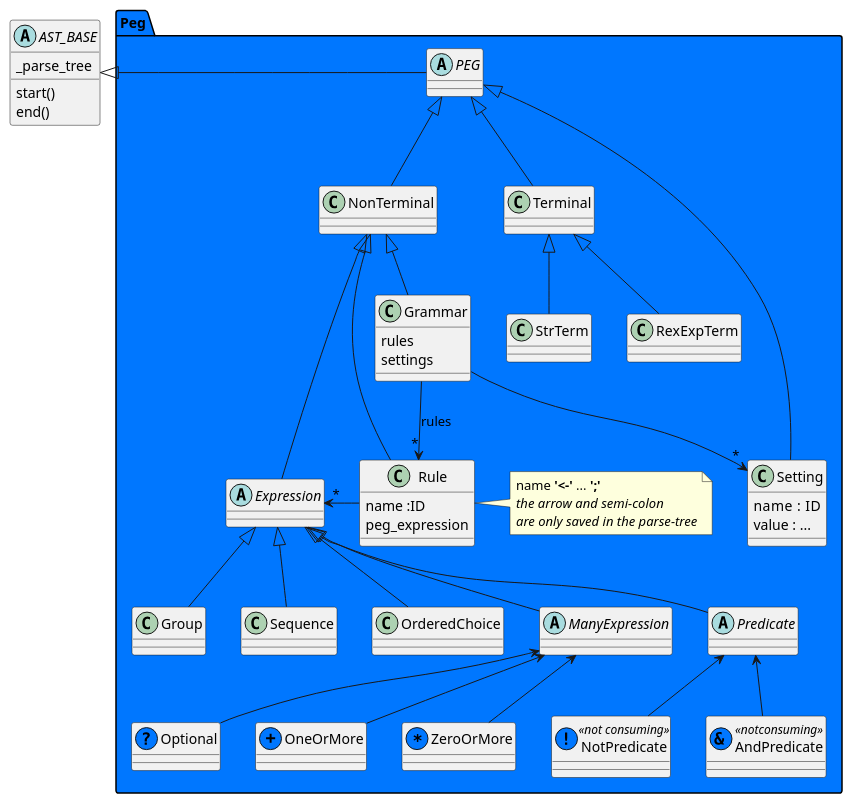
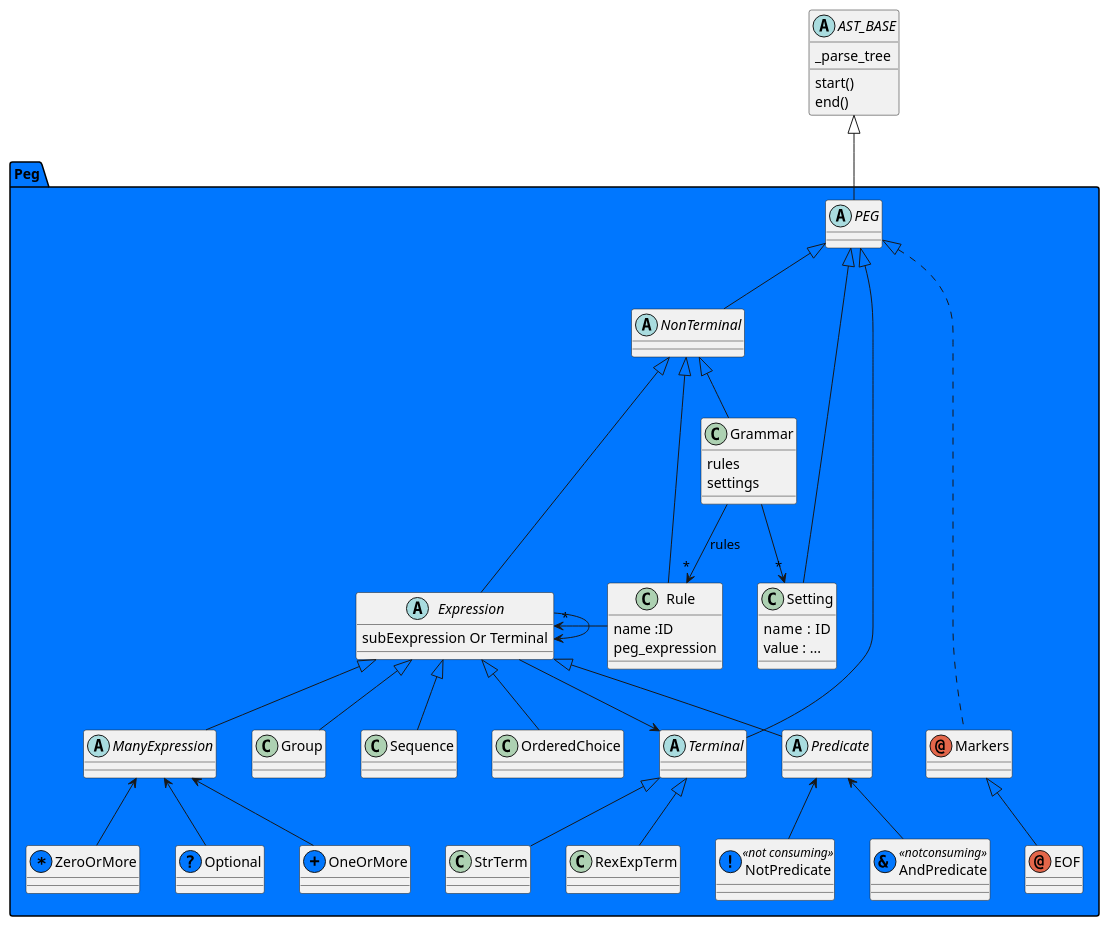
The diagram in AST/design/Peg.puml (AlbertMietus/CCastle2.hg), drawn with PlantUML before and after one commit. The commit also changed 5 other files, not shown here.

Commit message:
AST/PEG : 1ste try

```diff
--- a/AST/design/Peg.puml
+++ b/AST/design/Peg.puml
@@ -1,74 +1,81 @@
 @startuml
 abstract AST_BASE {
   _parse_tree
   start()
   end()
 }
 
 package Peg #0077ff {
- 
+
 abstract PEG
-AST_BASE <|= PEG
+AST_BASE <|== PEG
 
 PEG      <|== NonTerminal
 PEG      <|== Terminal
+PEG      <|== Setting
+PEG      <|..... Markers
+Markers  <|== EOF
+annotation Markers
+annotation EOF
+
+
+
+abstract Terminal
 Terminal <|== StrTerm
 Terminal <|== RexExpTerm
-PEG      <|== Setting
 
+abstract NonTerminal
 NonTerminal  <|== Grammar
 NonTerminal  <|== Rule
 NonTerminal  <|== Expression
 
 class Grammar {
   rules
   settings
 }
 Grammar --> "*" Rule : rules
 Grammar --> "*" Setting
 
 class Rule {
  name :ID
  peg_expression
 }
 Rule  -> "*" Expression
-note right of Rule
- name **'<-'** ... **';'**
- //the arrow and semi-colon//
- //are only saved in the parse-tree//
-endnote
 
 class Setting  {
  name  : ID
  value : ...
 }
 
-abstract Expression{}
+abstract Expression {
+ subEexpression Or Terminal
+}
+Expression -->  Terminal
+Expression -->  Expression
 
 
+Expression <|== ManyExpression
 Expression <|== Group
 Expression <|== Sequence
 Expression <|== OrderedChoice
-Expression <|== ManyExpression
 Expression <|== Predicate
 
 abstract ManyExpression
 abstract Predicate
 
 ManyExpression <== Optional
 ManyExpression <== OneOrMore
 ManyExpression <== ZeroOrMore
 
 Predicate <== AndPredicate
 Predicate <== NotPredicate
 
 class AndPredicate << (&, #0077ff) notconsuming >>
 class NotPredicate << (! ,#0077ff) not consuming >>
 
 class Optional   << (?, #0077ff) >>
 class OneOrMore  << (+, #0077ff) >>
 class ZeroOrMore << (*, #0077ff) >>
 
 }
-
 @enduml
```
